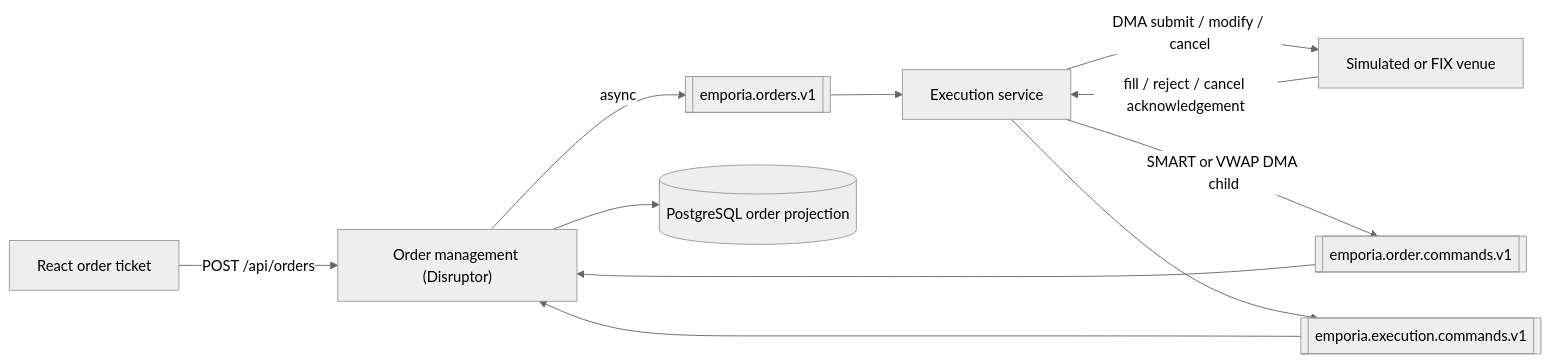
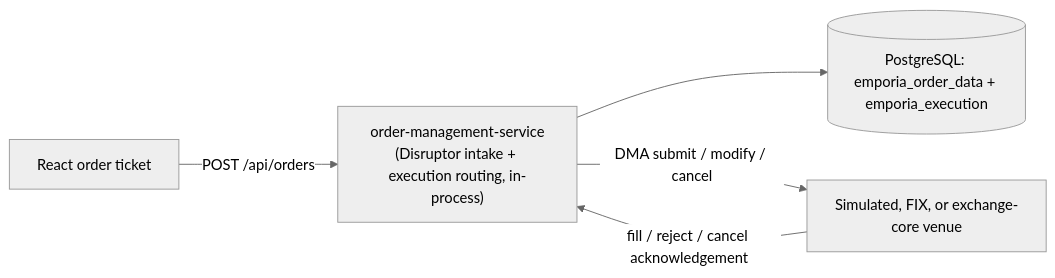
The diagram in docs/execution/README.md (nvxtien/emporia), drawn with Mermaid (neutral theme) before and after one commit. The commit also changed other lines of this file and 143 other files, not shown here.

Commit message:
Merge execution into order-management; remove Kafka/outbox/CDC path entirely

````diff
--- a/docs/execution/README.md
+++ b/docs/execution/README.md
@@ -16,22 +17,12 @@
 ```mermaid
 flowchart LR
     Browser["React order ticket"]
-    Management["Order management (Disruptor)"]
-    OrderTopic[["emporia.orders.v1"]]
-    Execution["Execution service"]
-    Venue["Simulated or FIX venue"]
-    ExecutionTopic[["emporia.execution.commands.v1"]]
-    CommandTopic[["emporia.order.commands.v1"]]
-    Database[("PostgreSQL order projection")]
+    Management["order-management-service\n(Disruptor intake + execution routing, in-process)"]
+    Venue["Simulated, FIX, or exchange-core venue"]
+    Database[("PostgreSQL: emporia_order_data + emporia_execution")]
 
     Browser -->|"POST /api/orders"| Management
     Management --> Database
-    Management -->|async| OrderTopic
-    OrderTopic --> Execution
-    Execution -->|"DMA submit / modify / cancel"| Venue
-    Execution -->|"SMART or VWAP DMA child"| CommandTopic
-    CommandTopic --> Management
-    Venue -->|"fill / reject / cancel acknowledgement"| Execution
-    Execution --> ExecutionTopic
-    ExecutionTopic --> Management
+    Management -->|"DMA submit / modify / cancel"| Venue
+    Venue -->|"fill / reject / cancel acknowledgement"| Management
 ```
````
